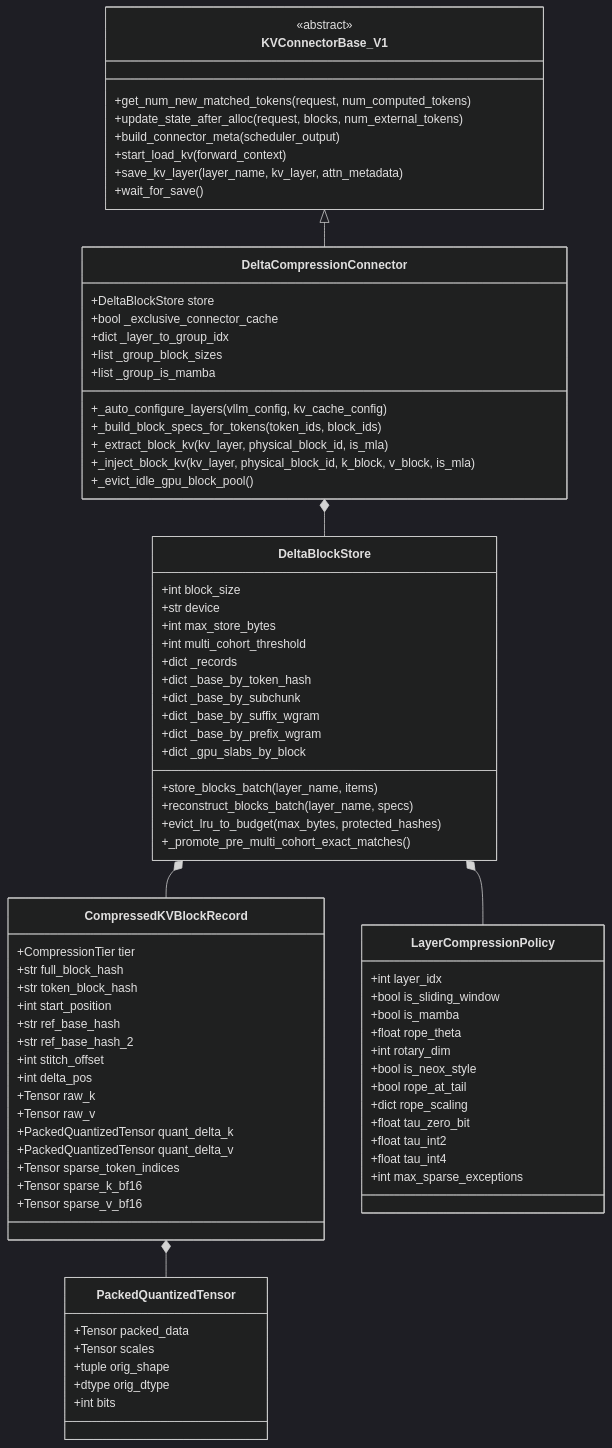
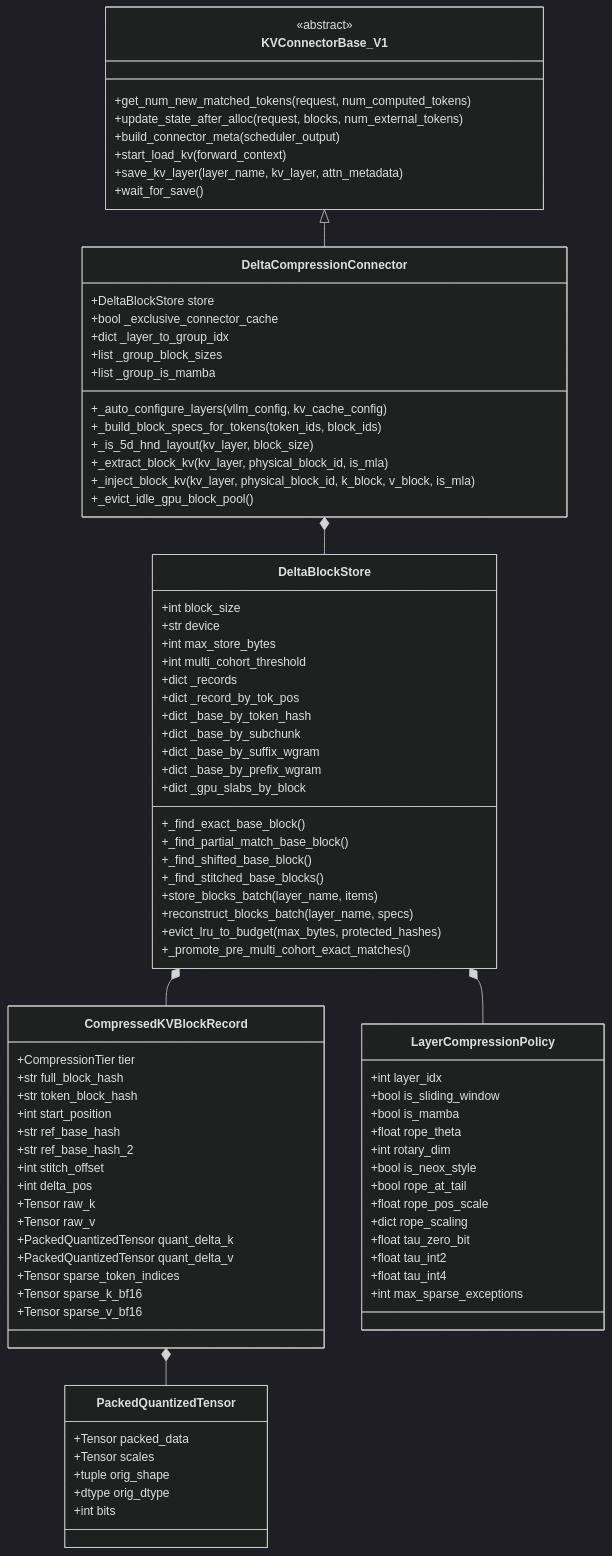
Before and after one commit to xzhaosg/vllm: the first of 4 diagrams in docs/design/delta_compression_connector.md, drawn with Mermaid (dark theme). The commit also changed other lines of this file and 3 other files, not shown here.

```diff
--- a/docs/design/delta_compression_connector.md
+++ b/docs/design/delta_compression_connector.md
@@ -51,6 +56,7 @@
         +list _group_is_mamba
         +_auto_configure_layers(vllm_config, kv_cache_config)
         +_build_block_specs_for_tokens(token_ids, block_ids)
+        +_is_5d_hnd_layout(kv_layer, block_size)
         +_extract_block_kv(kv_layer, physical_block_id, is_mla)
         +_inject_block_kv(kv_layer, physical_block_id, k_block, v_block, is_mla)
         +_evict_idle_gpu_block_pool()
@@ -62,11 +68,16 @@
         +int max_store_bytes
         +int multi_cohort_threshold
         +dict _records
+        +dict _record_by_tok_pos
         +dict _base_by_token_hash
         +dict _base_by_subchunk
         +dict _base_by_suffix_wgram
         +dict _base_by_prefix_wgram
         +dict _gpu_slabs_by_block
+        +_find_exact_base_block()
+        +_find_partial_match_base_block()
+        +_find_shifted_base_block()
+        +_find_stitched_base_blocks()
         +store_blocks_batch(layer_name, items)
         +reconstruct_blocks_batch(layer_name, specs)
         +evict_lru_to_budget(max_bytes, protected_hashes)
@@ -107,6 +118,7 @@
         +int rotary_dim
         +bool is_neox_style
         +bool rope_at_tail
+        +float rope_pos_scale
         +dict rope_scaling
         +float tau_zero_bit
         +float tau_int2
```
